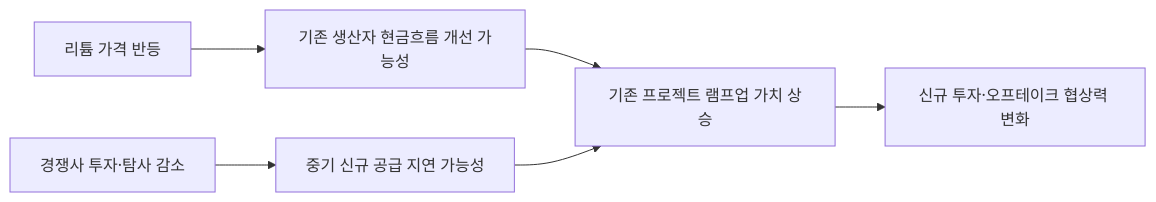
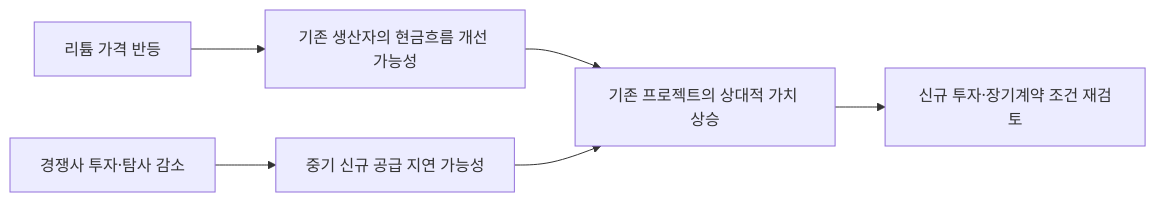
The diagram in market-sensing-wiki/signals/SIG-3F2A4F44D389.md (arik1988/posco-market-sensing-wiki), drawn with Mermaid before and after one commit. The commit also changed other lines of this file and 143 other files, not shown here.

````diff
--- a/market-sensing-wiki/signals/SIG-3F2A4F44D389.md
+++ b/market-sensing-wiki/signals/SIG-3F2A4F44D389.md
@@ -33,8 +41,8 @@
 ```mermaid
 flowchart LR
-    A[리튬 가격 반등] --> C[기존 생산자 현금흐름 개선 가능성]
+    A[리튬 가격 반등] --> C[기존 생산자의 현금흐름 개선 가능성]
     B[경쟁사 투자·탐사 감소] --> D[중기 신규 공급 지연 가능성]
-    C --> E[기존 프로젝트 램프업 가치 상승]
+    C --> E[기존 프로젝트의 상대적 가치 상승]
     D --> E
-    E --> F[신규 투자·오프테이크 협상력 변화]
+    E --> F[신규 투자·장기계약 조건 재검토]
 ```
````
